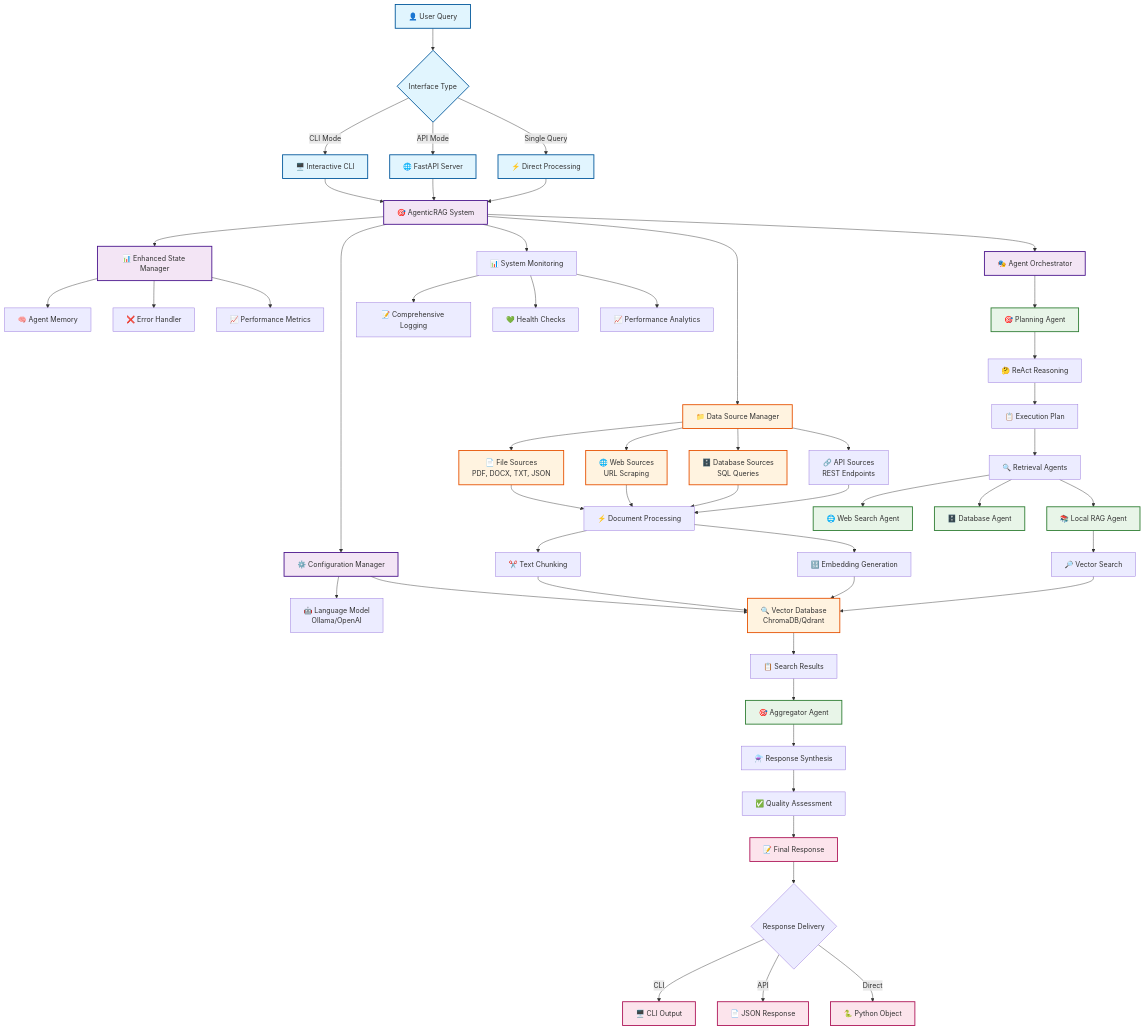
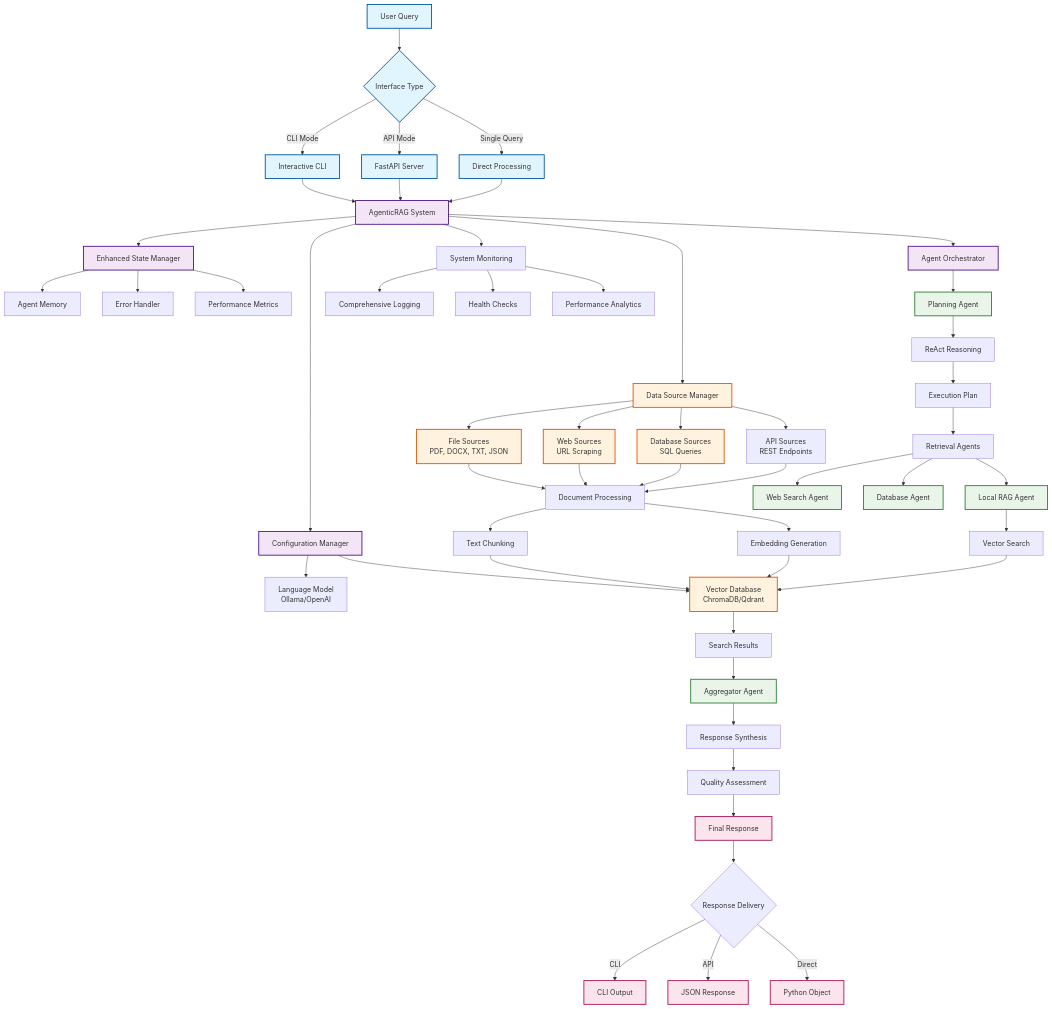
Before and after one commit to ShanKonduru/PyAgenticRAG: the first of 2 diagrams in README.md, drawn with Mermaid. The commit also changed 4 other files, not shown here.

````diff
--- a/README.md
+++ b/README.md
@@ -25,79 +25,79 @@
 ```mermaid
 graph TB
-    User[👤 User Query] --> Interface{Interface Type}
+    User[User Query] --> Interface{Interface Type}
     
-    Interface -->|CLI Mode| CLI[🖥️ Interactive CLI]
-    Interface -->|API Mode| API[🌐 FastAPI Server]
-    Interface -->|Single Query| Direct[⚡ Direct Processing]
+    Interface -->|CLI Mode| CLI[Interactive CLI]
+    Interface -->|API Mode| API[FastAPI Server]
+    Interface -->|Single Query| Direct[Direct Processing]
     
-    CLI --> System[🎯 AgenticRAG System]
+    CLI --> System[AgenticRAG System]
     API --> System
     Direct --> System
     
-    System --> Config[⚙️ Configuration Manager]
-    Config --> LLM[🤖 Language Model<br/>Ollama/OpenAI]
-    Config --> VectorDB[🔍 Vector Database<br/>ChromaDB/Qdrant]
+    System --> Config[Configuration Manager]
+    Config --> LLM[Language Model<br/>Ollama/OpenAI]
+    Config --> VectorDB[Vector Database<br/>ChromaDB/Qdrant]
     
-    System --> StateManager[📊 Enhanced State Manager]
-    StateManager --> Memory[🧠 Agent Memory]
-    StateManager --> ErrorHandler[❌ Error Handler]
-    StateManager --> Metrics[📈 Performance Metrics]
+    System --> StateManager[Enhanced State Manager]
+    StateManager --> Memory[Agent Memory]
+    StateManager --> ErrorHandler[Error Handler]
+    StateManager --> Metrics[Performance Metrics]
     
-    System --> DataManager[📁 Data Source Manager]
-    DataManager --> FileSource[📄 File Sources<br/>PDF, DOCX, TXT, JSON]
-    DataManager --> WebSource[🌐 Web Sources<br/>URL Scraping]
-    DataManager --> DBSource[🗄️ Database Sources<br/>SQL Queries]
-    DataManager --> APISource[🔗 API Sources<br/>REST Endpoints]
+    System --> DataManager[Data Source Manager]
+    DataManager --> FileSource[File Sources<br/>PDF, DOCX, TXT, JSON]
+    DataManager --> WebSource[Web Sources<br/>URL Scraping]
+    DataManager --> DBSource[Database Sources<br/>SQL Queries]
+    DataManager --> APISource[API Sources<br/>REST Endpoints]
     
-    FileSource --> Processing[⚡ Document Processing]
+    FileSource --> Processing[Document Processing]
     WebSource --> Processing
     DBSource --> Processing
     APISource --> Processing
     
-    Processing --> Chunking[✂️ Text Chunking]
-    Processing --> Embedding[🔢 Embedding Generation]
+    Processing --> Chunking[Text Chunking]
+    Processing --> Embedding[Embedding Generation]
     Chunking --> VectorDB
     Embedding --> VectorDB
     
-    System --> AgentOrchestrator[🎭 Agent Orchestrator]
+    System --> AgentOrchestrator[Agent Orchestrator]
     
-    AgentOrchestrator --> PlanningAgent[🎯 Planning Agent]
-    PlanningAgent --> ReactReasoning[🤔 ReAct Reasoning]
-    ReactReasoning --> ExecutionPlan[📋 Execution Plan]
+    AgentOrchestrator --> PlanningAgent[Planning Agent]
+    PlanningAgent --> ReactReasoning[ReAct Reasoning]
+    ReactReasoning --> ExecutionPlan[Execution Plan]
     
-    ExecutionPlan --> RetrievalAgents[🔍 Retrieval Agents]
-    RetrievalAgents --> LocalRAG[📚 Local RAG Agent]
-    RetrievalAgents --> WebSearch[🌐 Web Search Agent]
-    RetrievalAgents --> DatabaseAgent[🗄️ Database Agent]
+    ExecutionPlan --> RetrievalAgents[Retrieval Agents]
+    RetrievalAgents --> LocalRAG[Local RAG Agent]
+    RetrievalAgents --> WebSearch[Web Search Agent]
+    RetrievalAgents --> DatabaseAgent[Database Agent]
     
-    LocalRAG --> VectorSearch[🔎 Vector Search]
+    LocalRAG --> VectorSearch[Vector Search]
     VectorSearch --> VectorDB
-    VectorDB --> SearchResults[📋 Search Results]
+    VectorDB --> SearchResults[Search Results]
     
-    SearchResults --> AggregatorAgent[🎯 Aggregator Agent]
-    AggregatorAgent --> Synthesis[⚗️ Response Synthesis]
-    Synthesis --> QualityAssessment[✅ Quality Assessment]
-    QualityAssessment --> FinalResponse[📝 Final Response]
+    SearchResults --> AggregatorAgent[Aggregator Agent]
+    AggregatorAgent --> Synthesis[Response Synthesis]
+    Synthesis --> QualityAssessment[Quality Assessment]
+    QualityAssessment --> FinalResponse[Final Response]
     
     FinalResponse --> ResponseDelivery{Response Delivery}
-    ResponseDelivery -->|CLI| CLIOutput[🖥️ CLI Output]
-    ResponseDelivery -->|API| JSONResponse[📄 JSON Response]
-    ResponseDelivery -->|Direct| PythonObject[🐍 Python Object]
+    ResponseDelivery -->|CLI| CLIOutput[CLI Output]
+    ResponseDelivery -->|API| JSONResponse[JSON Response]
+    ResponseDelivery -->|Direct| PythonObject[Python Object]
     
-    System --> Monitoring[📊 System Monitoring]
-    Monitoring --> Logging[📝 Comprehensive Logging]
-    Monitoring --> HealthChecks[💚 Health Checks]
-    Monitoring --> Analytics[📈 Performance Analytics]
+    System --> Monitoring[System Monitoring]
+    Monitoring --> Logging[Comprehensive Logging]
+    Monitoring --> HealthChecks[Health Checks]
+    Monitoring --> Analytics[Performance Analytics]
     
     classDef userNode fill:#e1f5fe,stroke:#01579b,stroke-width:2px
     classDef systemNode fill:#f3e5f5,stroke:#4a148c,stroke-width:2px
     classDef agentNode fill:#e8f5e8,stroke:#2e7d32,stroke-width:2px
     classDef dataNode fill:#fff3e0,stroke:#e65100,stroke-width:2px
     classDef outputNode fill:#fce4ec,stroke:#ad1457,stroke-width:2px
     
     class User,Interface,CLI,API,Direct userNode
     class System,AgentOrchestrator,StateManager,Config systemNode
     class PlanningAgent,LocalRAG,WebSearch,DatabaseAgent,AggregatorAgent agentNode
     class DataManager,FileSource,WebSource,DBSource,VectorDB dataNode
     class FinalResponse,CLIOutput,JSONResponse,PythonObject outputNode
 ```
````
